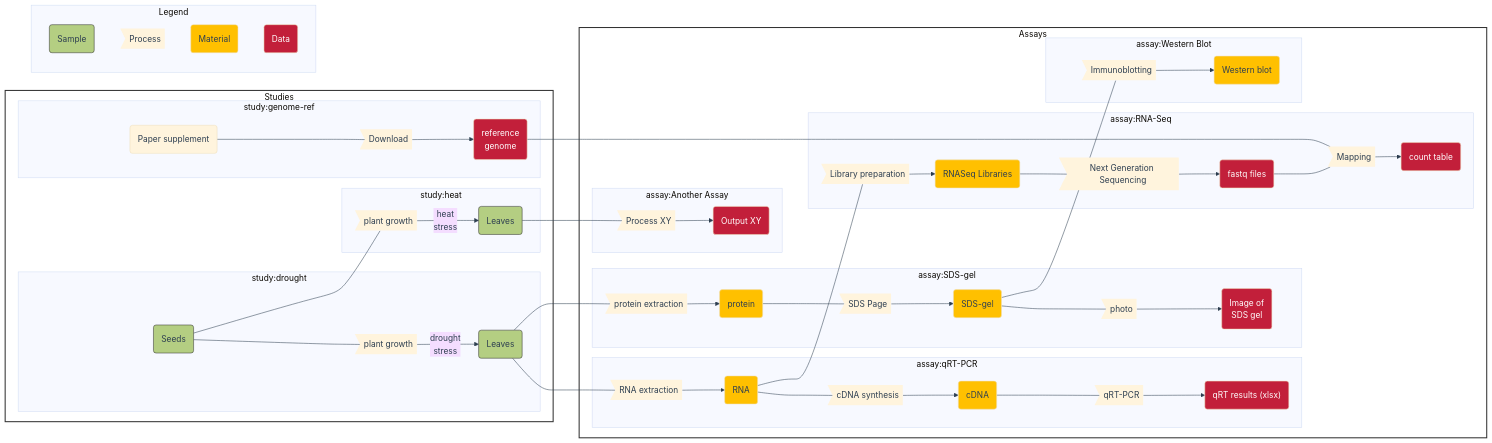
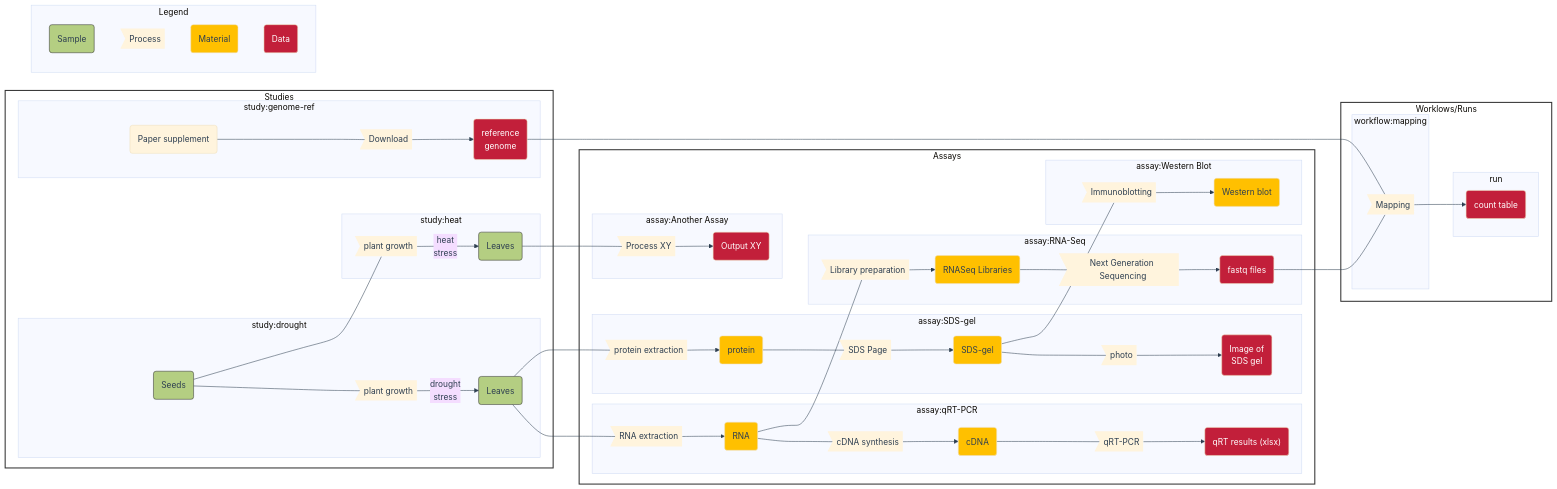
One commit to nfdi4plants/nfdi4plants.knowledgebase changed the sixth of 6 diagrams in src/docs/guides/ARC-practical-entry.md. Above: the diagram before and after it, drawn with Mermaid. The commit also changed other lines of this file, not shown here.

Commit message:
add workflows

```diff
--- a/src/docs/guides/ARC-practical-entry.md
+++ b/src/docs/guides/ARC-practical-entry.md
@@ -549,9 +558,6 @@
   subgraph assay:RNA-Seq
     M1 ---P6--> M4
     M4 ---P7--> D2
-    D2 --- P11
-    D4 --- P11
-    P11 --> D5
   end
   
   subgraph assay:Western Blot
@@ -559,6 +565,21 @@
   end
 
 end
+
+subgraph Worklows/Runs
+
+  subgraph workflow:mapping
+      D2 --- P11
+      D4 --- P11    
+  end
+  
+  subgraph run
+    P11 --> D5
+  end
+
+end
+
+
 
 
 %% Add legend
@@ -582,6 +603,7 @@
   class Px,P1,P2,P3,P4,P5,P6,P7,P8,P9,P10,P11,P12,P13,P14 P;
 
 %% Box style
+style Worklows/Runs fill:#fff, stroke-width:2px, stroke:#333;
 style Studies fill:#fff, stroke-width:2px, stroke:#333;
 style Assays fill:#fff, stroke-width:2px, stroke:#333;
 
```
